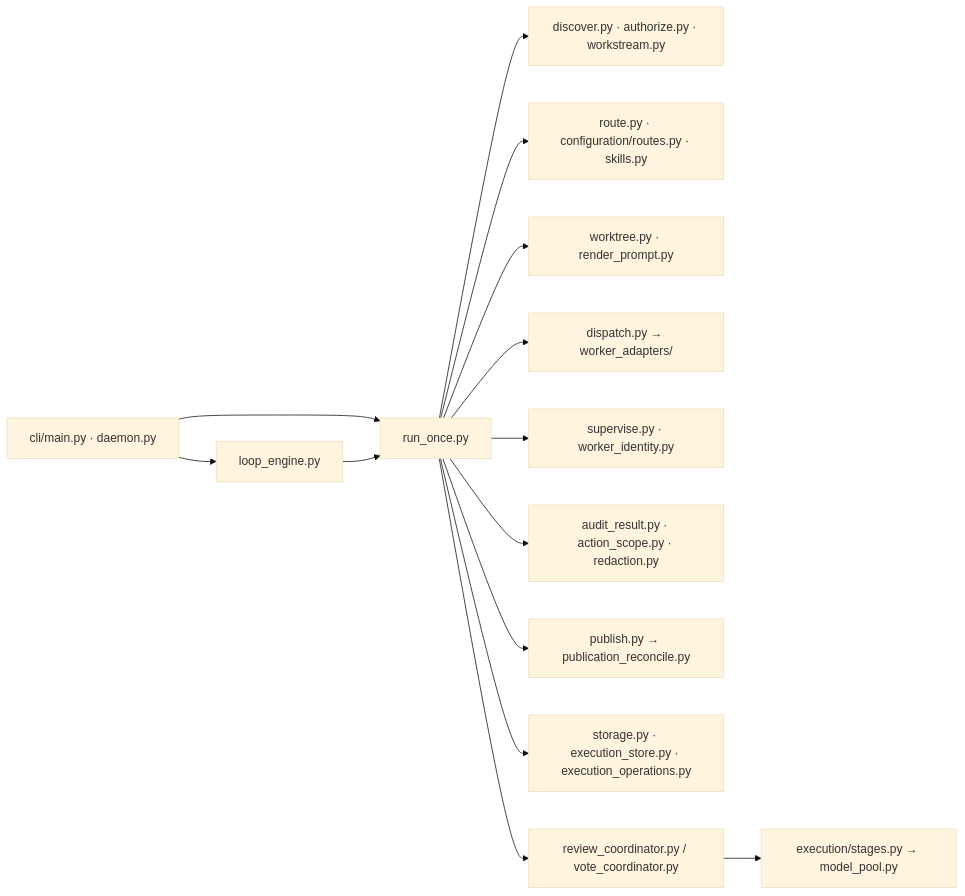
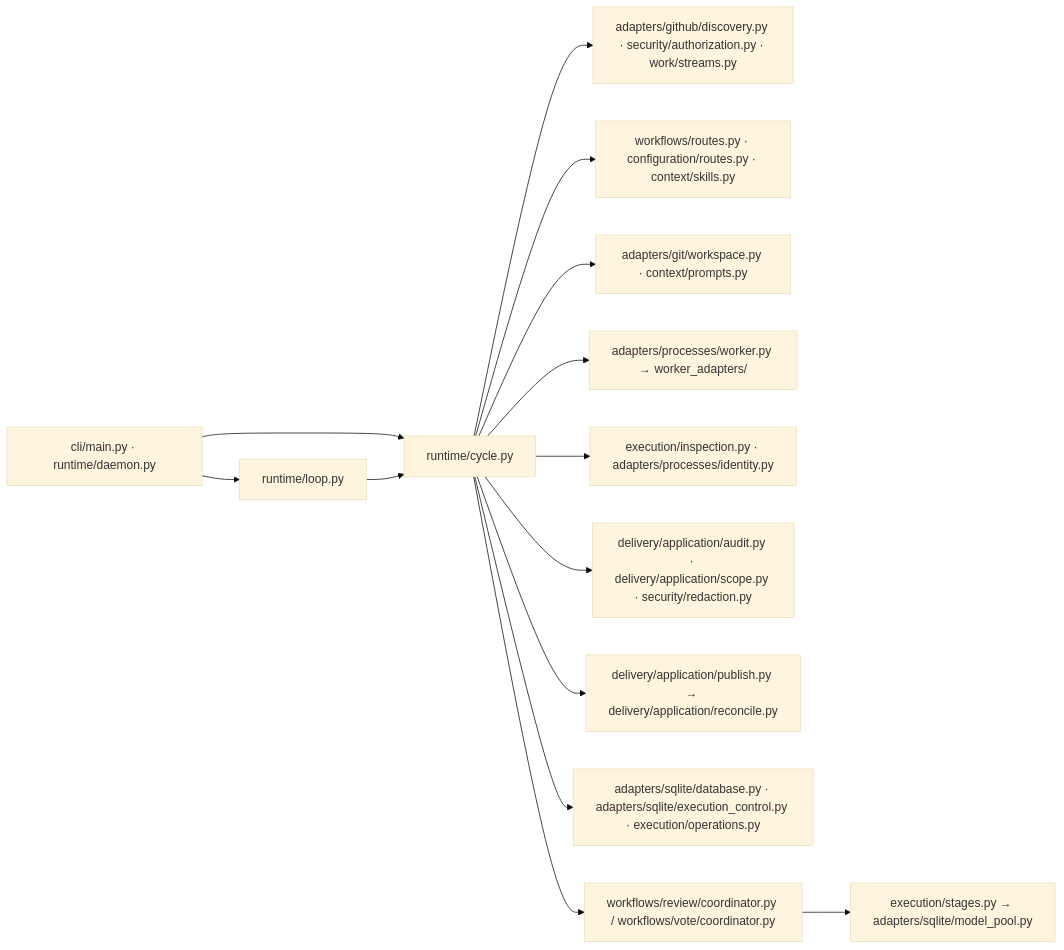
The second of 10 diagrams in docs/architecture.md (wklken/Robert), drawn with Mermaid (base theme) before and after one commit. The commit also changed other lines of this file and 439 other files, not shown here.

````diff
--- a/docs/architecture.md
+++ b/docs/architecture.md
@@ -137,16 +142,16 @@
 ```mermaid
 flowchart LR
-    CLI["cli/main.py · daemon.py"] --> Loop["loop_engine.py"]
-    CLI --> Run["run_once.py"]
+    CLI["cli/main.py · runtime/daemon.py"] --> Loop["runtime/loop.py"]
+    CLI --> Run["runtime/cycle.py"]
     Loop --> Run
-    Run --> Intake["discover.py · authorize.py · workstream.py"]
-    Run --> Routing["route.py · configuration/routes.py · skills.py"]
-    Run --> Prepare["worktree.py · render_prompt.py"]
-    Run --> Launch["dispatch.py → worker_adapters/"]
-    Run --> Supervise["supervise.py · worker_identity.py"]
-    Run --> Audit["audit_result.py · action_scope.py · redaction.py"]
-    Run --> Publish["publish.py → publication_reconcile.py"]
-    Run --> State["storage.py · execution_store.py · execution_operations.py"]
-    Run --> Rounds["review_coordinator.py / vote_coordinator.py"]
-    Rounds --> Models["execution/stages.py → model_pool.py"]
+    Run --> Intake["adapters/github/discovery.py · security/authorization.py · work/streams.py"]
+    Run --> Routing["workflows/routes.py · configuration/routes.py · context/skills.py"]
+    Run --> Prepare["adapters/git/workspace.py · context/prompts.py"]
+    Run --> Launch["adapters/processes/worker.py → worker_adapters/"]
+    Run --> Supervise["execution/inspection.py · adapters/processes/identity.py"]
+    Run --> Audit["delivery/application/audit.py · delivery/application/scope.py · security/redaction.py"]
+    Run --> Publish["delivery/application/publish.py → delivery/application/reconcile.py"]
+    Run --> State["adapters/sqlite/database.py · adapters/sqlite/execution_control.py · execution/operations.py"]
+    Run --> Rounds["workflows/review/coordinator.py / workflows/vote/coordinator.py"]
+    Rounds --> Models["execution/stages.py → adapters/sqlite/model_pool.py"]
 ```
````
